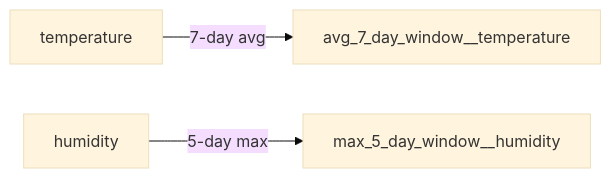
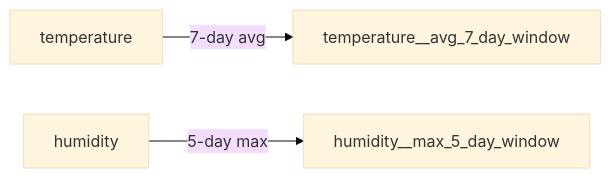
Before and after one commit to mloda-ai/mloda: the fourth of 5 diagrams in memory-bank/feature_groups.md, drawn with Mermaid (base theme). The commit also changed other lines of this file and 81 other files, not shown here.

````diff
--- a/memory-bank/feature_groups.md
+++ b/memory-bank/feature_groups.md
@@ -157,5 +157,5 @@
 ```mermaid
 graph LR
-    temp[temperature] --> |7-day avg| avg_7[avg_7_day_window__temperature]
-    humid[humidity] --> |5-day max| max_5[max_5_day_window__humidity]
+    temp[temperature] --> |7-day avg| avg_7[temperature__avg_7_day_window]
+    humid[humidity] --> |5-day max| max_5[humidity__max_5_day_window]
 ```
````
